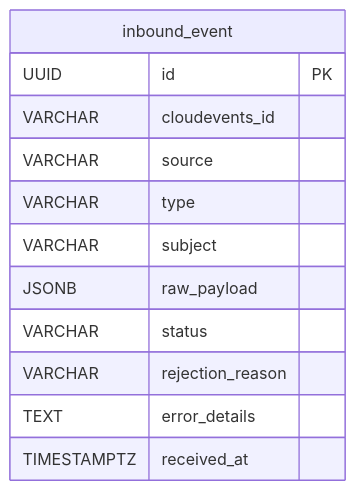
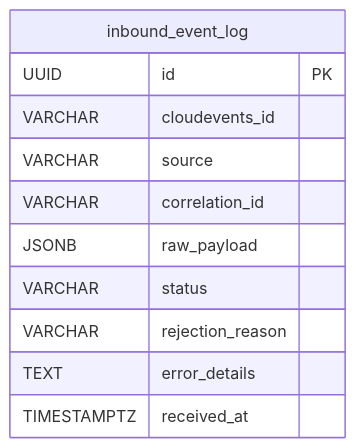
The sixth of 7 diagrams in docs/flow-diagrams.md (Jayaprakash8887/cce-collector-service), drawn with Mermaid before and after one commit. The commit also changed other lines of this file and 8 other files, not shown here.

First line of the commit message:
Refactor inbound_event to inbound_event_log across documentation and codebase

````diff
--- a/docs/flow-diagrams.md
+++ b/docs/flow-diagrams.md
@@ -201,15 +201,14 @@
 ```mermaid
 erDiagram
-    inbound_event {
+    inbound_event_log {
         UUID id PK
         VARCHAR cloudevents_id
         VARCHAR source
-        VARCHAR type
-        VARCHAR subject
+        VARCHAR correlation_id
         JSONB raw_payload
         VARCHAR status
         VARCHAR rejection_reason
         TEXT error_details
         TIMESTAMPTZ received_at
     }
 ```
````
